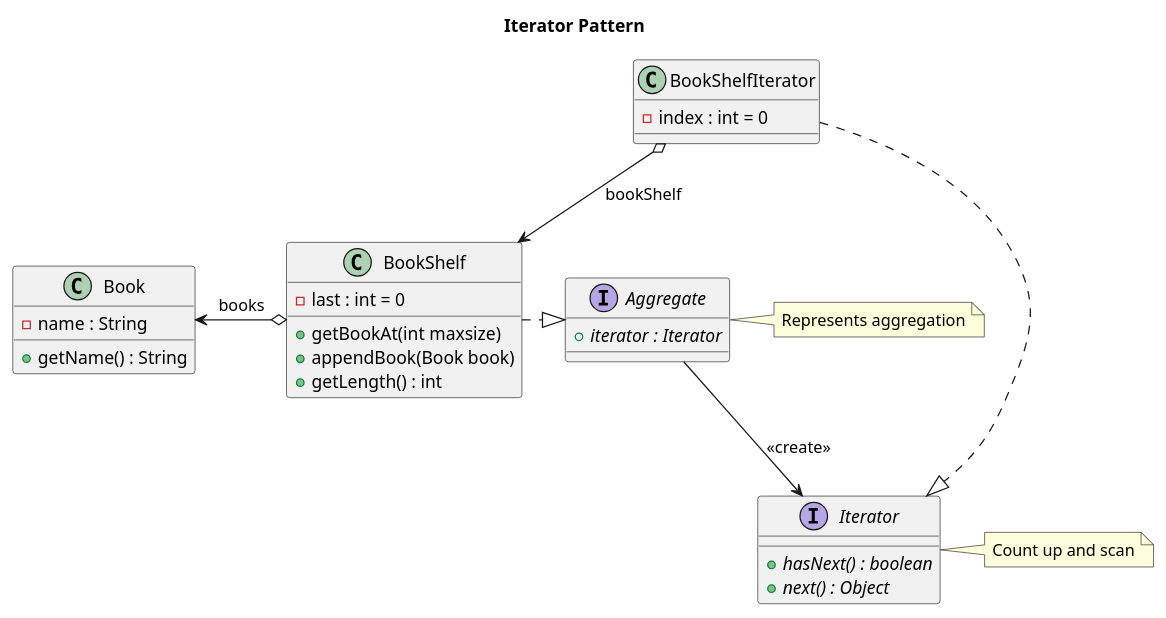
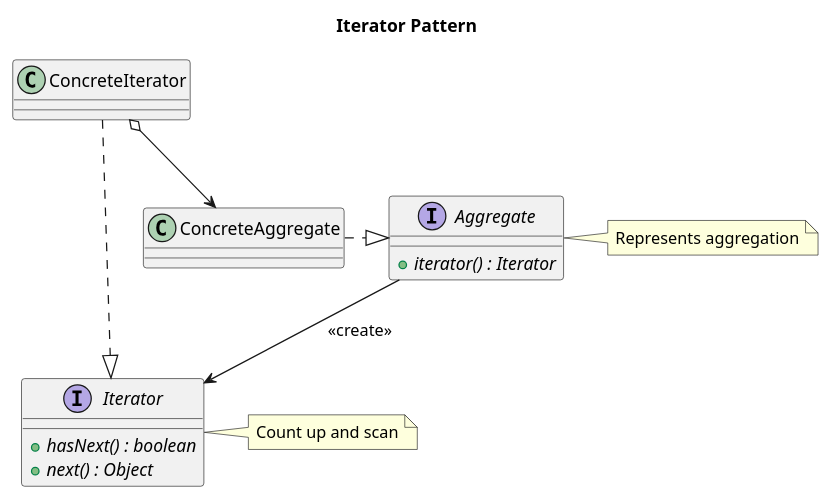
The diagram in uml/design_pattern/Iterator.pu (yuna611t/repo), drawn with PlantUML before and after one commit.

Commit message:
refined more abstractly

```diff
--- a/uml/design_pattern/Iterator.pu
+++ b/uml/design_pattern/Iterator.pu
@@ -1,44 +1,33 @@
 @startuml
 title Iterator Pattern
 
 interface Aggregate  {
-    + {abstract} iterator : Iterator
+    + {abstract} iterator() : Iterator
 }
 note right
     Represents aggregation
 end note
 
-class BookShelf {
-    - last : int = 0
-    + getBookAt(int maxsize)
-    + appendBook(Book book)
-    + getLength() : int
-}
-
-class Book {
-    - name : String
-    + getName() : String
+class ConcreteAggregate {
 }
 
 interface Iterator {
     + {abstract} hasNext() : boolean
     + {abstract} next() : Object
 }
 note right
     Count up and scan
 end note
 
-class BookShelfIterator {
-    - index : int = 0
+class ConcreteIterator {
 }
 
 ' relations
-BookShelf .|> Aggregate
-BookShelf o-le-> Book : books
+ConcreteAggregate .|> Aggregate
 
 Aggregate --> Iterator : <<create>>
 
-BookShelfIterator .|> Iterator
-BookShelfIterator o--> BookShelf : bookShelf
+ConcreteIterator .|> Iterator
+ConcreteIterator o--> ConcreteAggregate 
 
 @enduml
```
